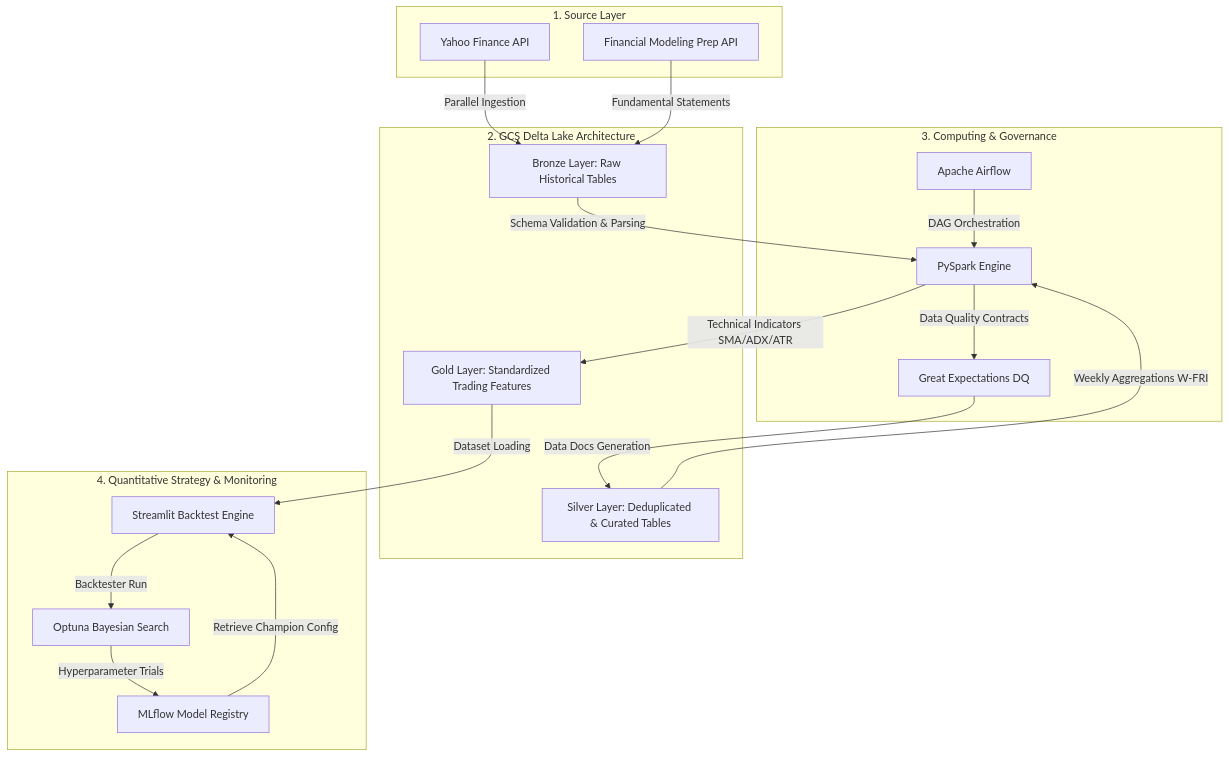
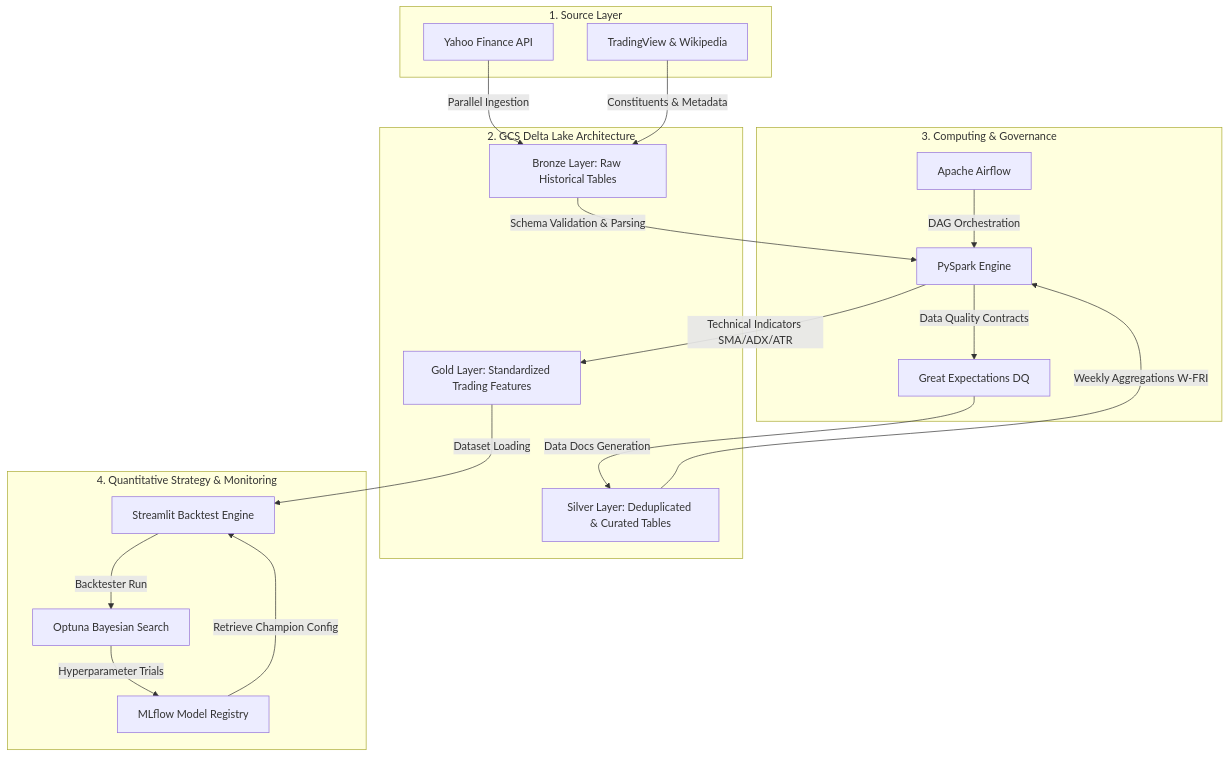
Before and after one commit to TwingzChenou/Momentum_AI: the diagram in README.md, drawn with Mermaid. The commit also changed other lines of this file and 5 other files, not shown here.

````diff
--- a/README.md
+++ b/README.md
@@ -31,47 +31,47 @@
 ```mermaid
 graph TD
     %% Source Ingestion
     subgraph Ingestion [1. Source Layer]
         YF[Yahoo Finance API]
-        FMP[Financial Modeling Prep API]
+        TV[TradingView & Wikipedia]
     end
 
     %% Data Lake (Delta Lake on GCS)
     subgraph Medallion [2. GCS Delta Lake Architecture]
         Bronze[Bronze Layer: Raw Historical Tables]
         Silver[Silver Layer: Deduplicated & Curated Tables]
         Gold[Gold Layer: Standardized Trading Features]
     end
 
     %% Processing & DQ Engines
     subgraph Engine [3. Computing & Governance]
         Spark[PySpark Engine]
         GE[Great Expectations DQ]
         Airflow[Apache Airflow]
     end
 
     %% Output & Serving
     subgraph Serving [4. Quantitative Strategy & Monitoring]
         Optuna[Optuna Bayesian Search]
         MLflow[MLflow Model Registry]
         Streamlit[Streamlit Backtest Engine]
     end
 
     %% Connections
     YF -->|Parallel Ingestion| Bronze
-    FMP -->|Fundamental Statements| Bronze
+    TV -->|Constituents & Metadata| Bronze
     
     Bronze -->|Schema Validation & Parsing| Spark
     Spark -->|Data Quality Contracts| GE
     GE -->|Data Docs Generation| Silver
     
     Silver -->|Weekly Aggregations W-FRI| Spark
     Spark -->|Technical Indicators SMA/ADX/ATR| Gold
     
     Airflow -->|DAG Orchestration| Spark
     
     Gold -->|Dataset Loading| Streamlit
     Streamlit -->|Backtester Run| Optuna
     Optuna -->|Hyperparameter Trials| MLflow
     MLflow -->|Retrieve Champion Config| Streamlit
 ```
````
